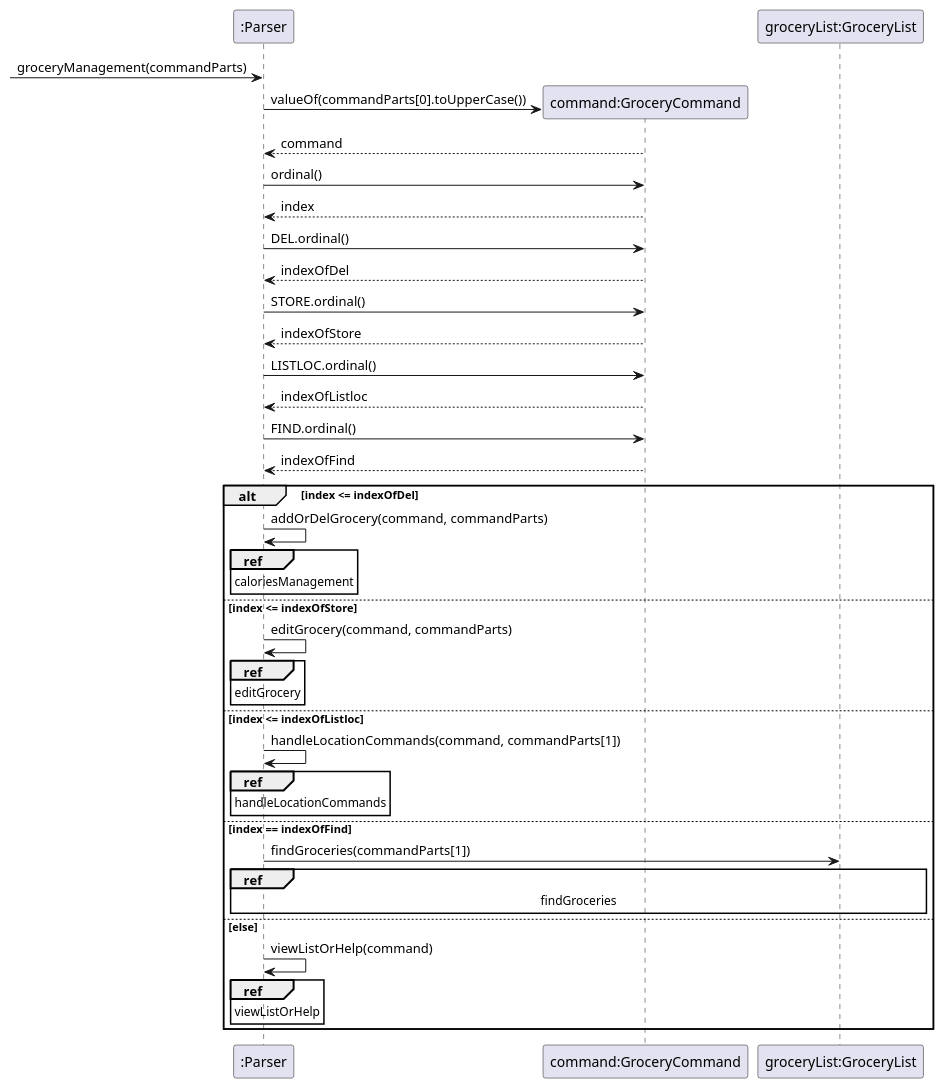
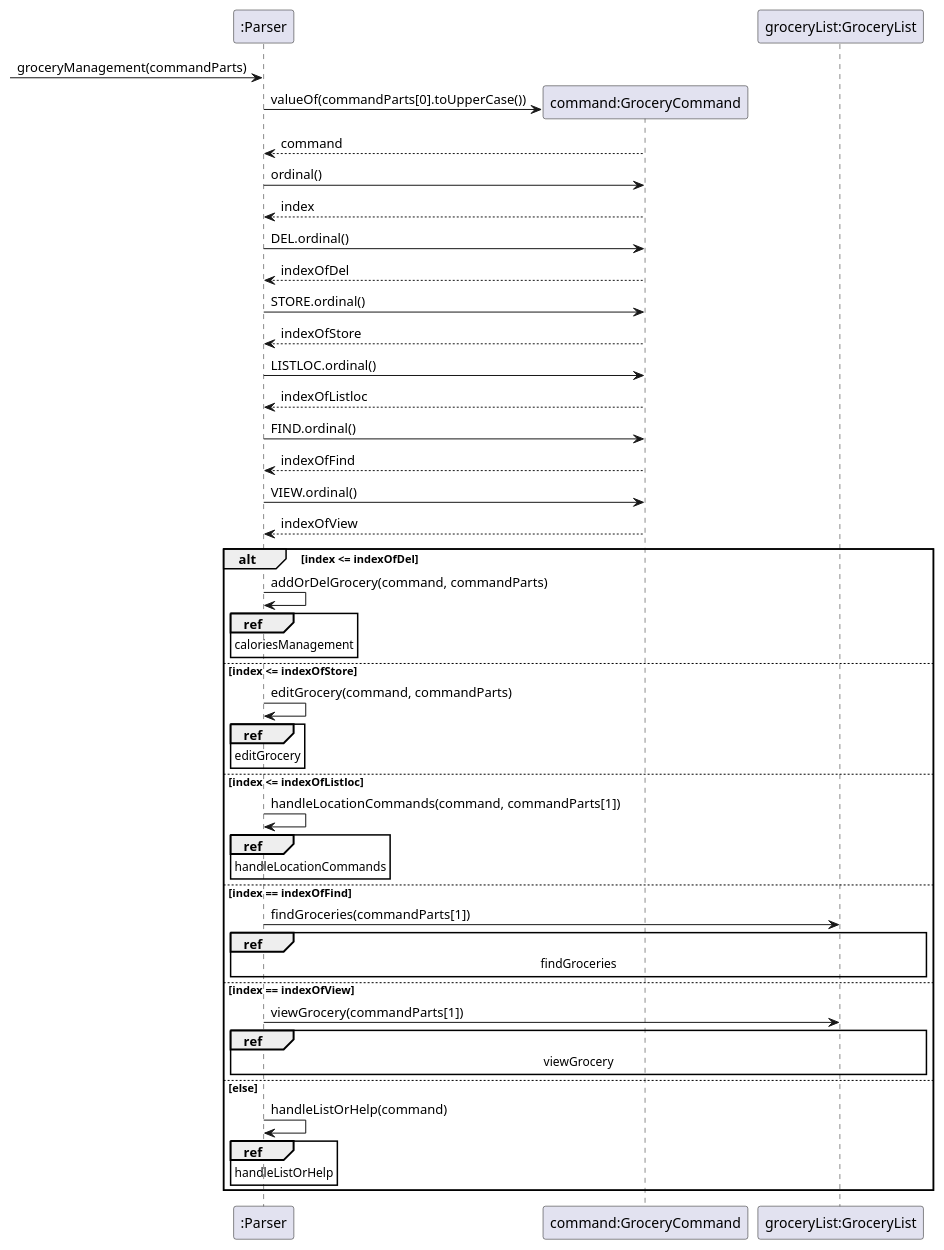
Before and after one commit to LuoYu-uwu/tp: the diagram in docs/diagrams/groceryManagement.puml, drawn with PlantUML. The commit also changed 19 other files, not shown here.

```diff
--- a/docs/diagrams/groceryManagement.puml
+++ b/docs/diagrams/groceryManagement.puml
@@ -1,39 +1,44 @@
 @startuml
 
 participant ":Parser" as p
 participant "command:GroceryCommand" as g
 participant "groceryList:GroceryList" as gl
 
  -> p : groceryManagement(commandParts)
 create g
 p -> g : valueOf(commandParts[0].toUpperCase())
 g --> p : command
 
 p -> g : ordinal()
 g --> p : index
 p -> g: DEL.ordinal()
 g --> p : indexOfDel
 p -> g: STORE.ordinal()
 g --> p : indexOfStore
 p -> g: LISTLOC.ordinal()
 g --> p : indexOfListloc
 p -> g: FIND.ordinal()
 g --> p : indexOfFind
+p -> g: VIEW.ordinal()
+g --> p : indexOfView
 alt index <= indexOfDel
     p -> p : addOrDelGrocery(command, commandParts)
     ref over p : caloriesManagement
 else index <= indexOfStore
     p -> p : editGrocery(command, commandParts)
     ref over p : editGrocery
 else index <= indexOfListloc
     p -> p : handleLocationCommands(command, commandParts[1])
     ref over p : handleLocationCommands
 else index == indexOfFind
     p -> gl : findGroceries(commandParts[1])
     ref over p, gl : findGroceries
+else index == indexOfView
+    p -> gl : viewGrocery(commandParts[1])
+    ref over p, gl : viewGrocery
 else else
-    p -> p : viewListOrHelp(command)
-    ref over p : viewListOrHelp
+    p -> p : handleListOrHelp(command)
+    ref over p : handleListOrHelp
 end
 
 @enduml
```
